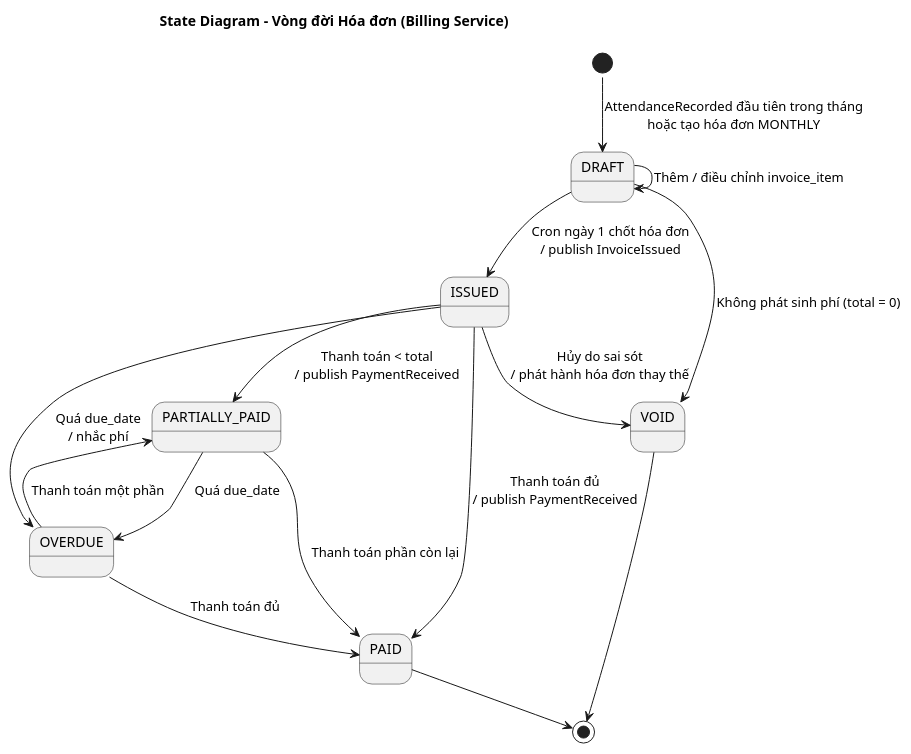
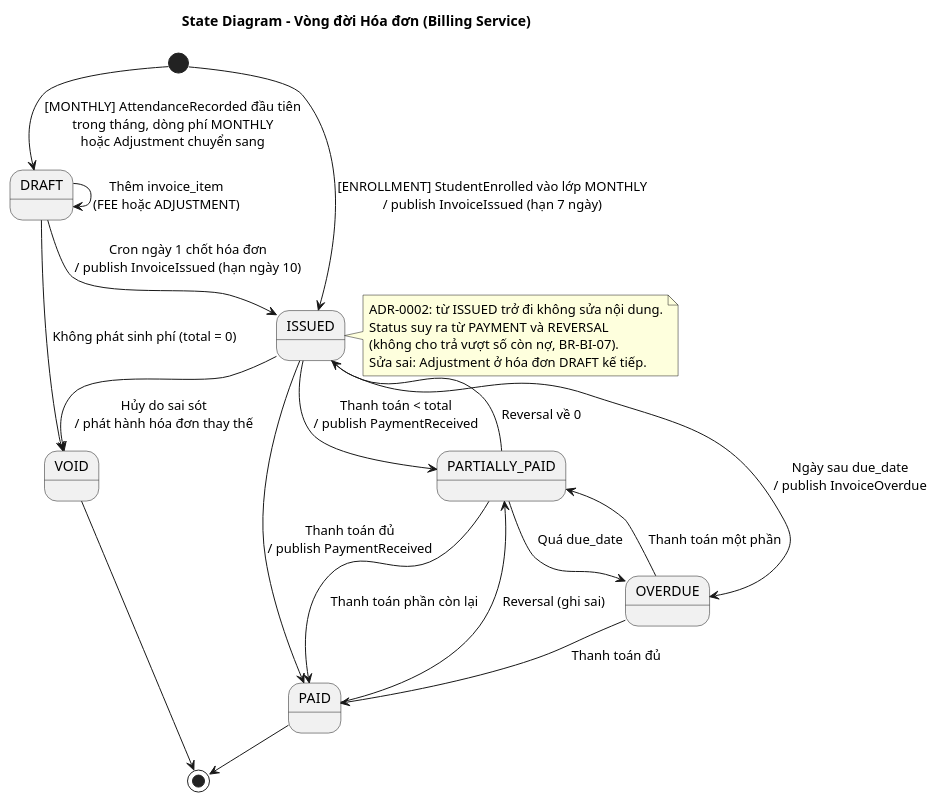
Before and after one commit to thuanbui-1203/private-tutor-management-system: the fourth of 5 diagrams in docs/diagrams/09-state-lifecycle.puml, drawn with PlantUML. The commit also changed other lines of this file and 15 other files, not shown here.

First line of the commit message:
Checkpoint: sync diagrams and service docs with domain decisions

```diff
--- a/docs/diagrams/09-state-lifecycle.puml
+++ b/docs/diagrams/09-state-lifecycle.puml
@@ -79,25 +100,35 @@
 @startuml 09-state-invoice
 ' Bỏ dòng pragma nếu máy đã cài Graphviz
 !pragma layout smetana
 title State Diagram - Vòng đời Hóa đơn (Billing Service)
 
-[*] --> DRAFT : AttendanceRecorded đầu tiên trong tháng\nhoặc tạo hóa đơn MONTHLY
+[*] --> DRAFT : [MONTHLY] AttendanceRecorded đầu tiên\ntrong tháng, dòng phí MONTHLY\nhoặc Adjustment chuyển sang
+[*] --> ISSUED : [ENROLLMENT] StudentEnrolled vào lớp MONTHLY\n/ publish InvoiceIssued (hạn 7 ngày)
 
-DRAFT --> DRAFT : Thêm / điều chỉnh invoice_item
-DRAFT --> ISSUED : Cron ngày 1 chốt hóa đơn\n/ publish InvoiceIssued
+DRAFT --> DRAFT : Thêm invoice_item\n(FEE hoặc ADJUSTMENT)
+DRAFT --> ISSUED : Cron ngày 1 chốt hóa đơn\n/ publish InvoiceIssued (hạn ngày 10)
 DRAFT --> VOID : Không phát sinh phí (total = 0)
 
 ISSUED --> PARTIALLY_PAID : Thanh toán < total\n/ publish PaymentReceived
 ISSUED --> PAID : Thanh toán đủ\n/ publish PaymentReceived
-ISSUED --> OVERDUE : Quá due_date\n/ nhắc phí
+ISSUED --> OVERDUE : Ngày sau due_date\n/ publish InvoiceOverdue
 ISSUED --> VOID : Hủy do sai sót\n/ phát hành hóa đơn thay thế
 
 PARTIALLY_PAID --> PAID : Thanh toán phần còn lại
 PARTIALLY_PAID --> OVERDUE : Quá due_date
+PARTIALLY_PAID --> ISSUED : Reversal về 0
 
 OVERDUE --> PARTIALLY_PAID : Thanh toán một phần
 OVERDUE --> PAID : Thanh toán đủ
 
+PAID --> PARTIALLY_PAID : Reversal (ghi sai)
 PAID --> [*]
 VOID --> [*]
+
+note right of ISSUED
+  ADR-0002: từ ISSUED trở đi không sửa nội dung.
+  Status suy ra từ PAYMENT và REVERSAL
+  (không cho trả vượt số còn nợ, BR-BI-07).
+  Sửa sai: Adjustment ở hóa đơn DRAFT kế tiếp.
+end note
 @enduml
```
